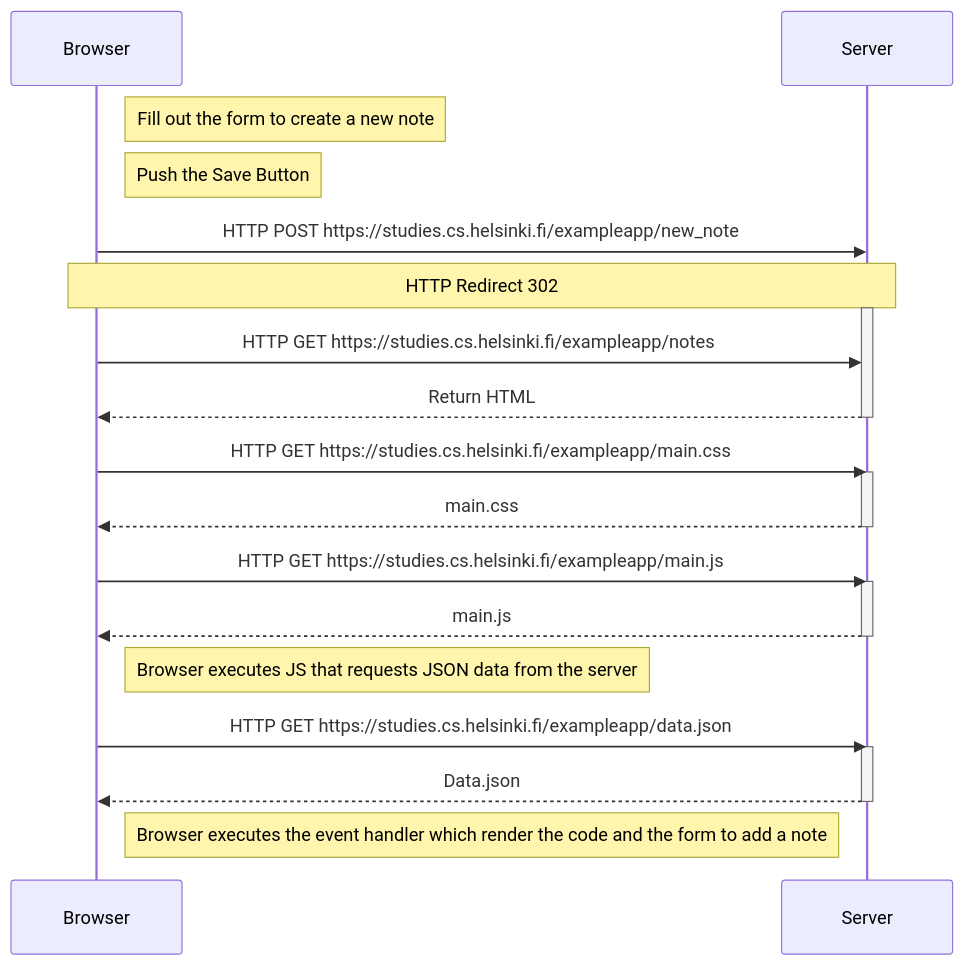
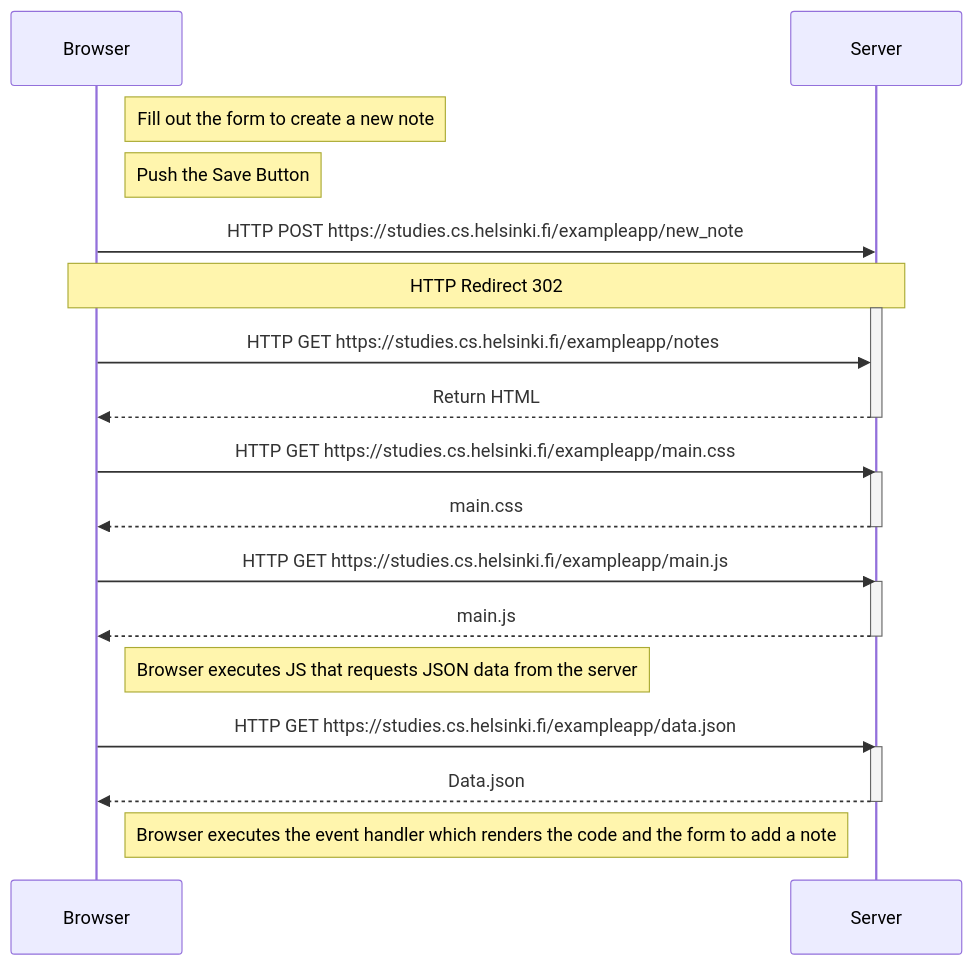
Before and after one commit to cmfredricksen/full-stack-open-exercises: the second of 2 diagrams in part-0/exercise0-traditional.md, drawn with Mermaid.

Commit message:
fixed spelling error

````diff
--- a/part-0/exercise0-traditional.md
+++ b/part-0/exercise0-traditional.md
@@ -40,34 +40,34 @@
 ```mermaid
 sequenceDiagram
     participant b as Browser
     participant s as Server
 
     Note right of b: Fill out the form to create a new note
     note right of b: Push the Save Button
 
     b->>s: HTTP POST https://studies.cs.helsinki.fi/exampleapp/new_note
     Note over b, s: HTTP Redirect 302
     activate s
     b->>s: HTTP GET https://studies.cs.helsinki.fi/exampleapp/notes
     s-->>b: Return HTML
     deactivate s
 
     b->>s: HTTP GET https://studies.cs.helsinki.fi/exampleapp/main.css
     activate s
     s-->>b: main.css
     deactivate s
 
     b->>s: HTTP GET https://studies.cs.helsinki.fi/exampleapp/main.js
     activate s
     s-->>b: main.js
     deactivate s
 
     Note right of b: Browser executes JS that requests JSON data from the server
     b->>s: HTTP GET https://studies.cs.helsinki.fi/exampleapp/data.json
     activate s
     s-->>b: Data.json
     deactivate s
 
-    Note right of b:Browser executes the event handler which render the code and the form to add a note
+    Note right of b:Browser executes the event handler which renders the code and the form to add a note
 
 ```
````
